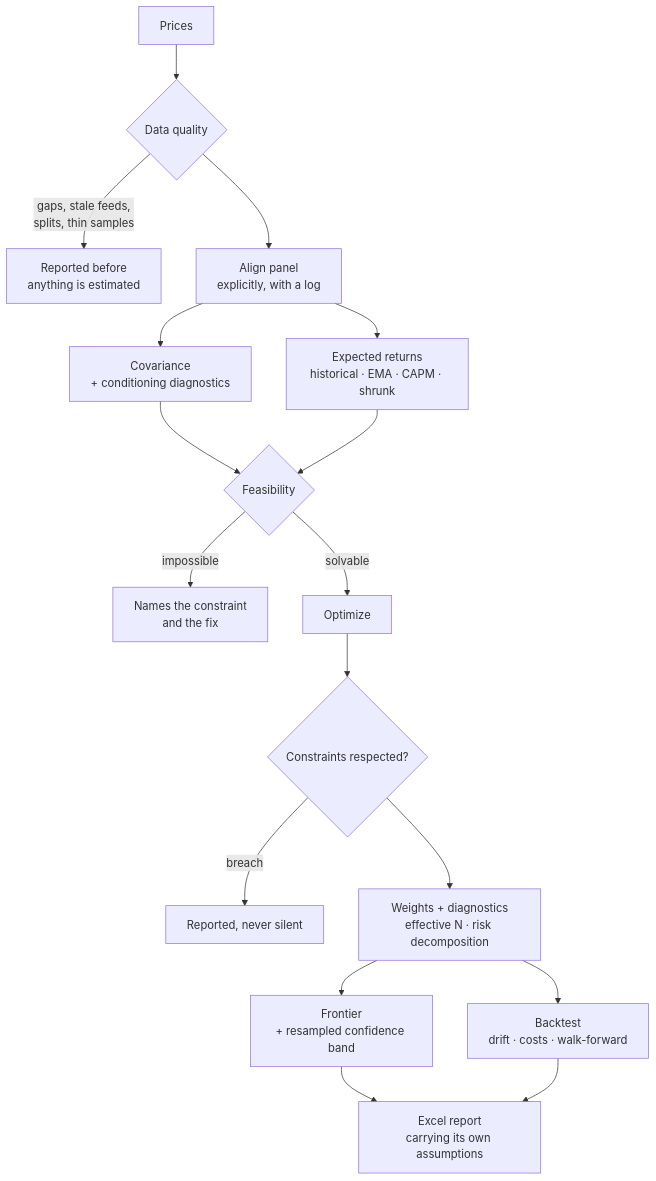
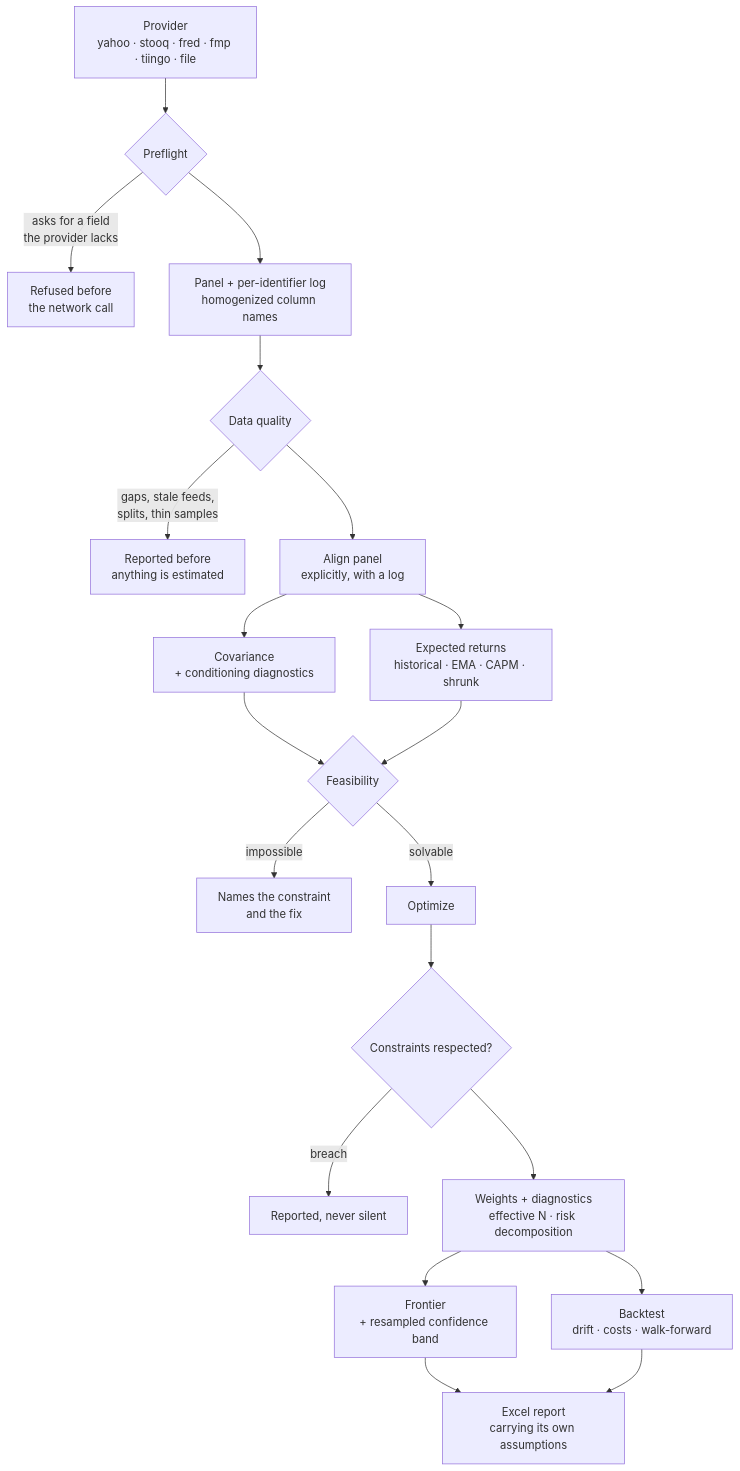
One commit to alanvaa06/Optimization_Engine changed the diagram in README.md. Above: the diagram before and after it, drawn with Mermaid. The commit also changed other lines of this file and 38 other files, not shown here.

````diff
--- a/README.md
+++ b/README.md
@@ -479,19 +514,22 @@
 ```mermaid
 flowchart TD
-    A[Prices] --> B{Data quality}
+    A0[Provider<br/>yahoo · stooq · fred · fmp · tiingo · file] --> A1{Preflight}
+    A1 -->|asks for a field<br/>the provider lacks| A2[Refused before<br/>the network call]
+    A1 --> A[Panel + per-identifier log<br/>homogenized column names]
+    A --> B{Data quality}
     B -->|gaps, stale feeds,<br/>splits, thin samples| B1[Reported before<br/>anything is estimated]
     B --> C[Align panel<br/>explicitly, with a log]
     C --> D[Covariance<br/>+ conditioning diagnostics]
     C --> E[Expected returns<br/>historical · EMA · CAPM · shrunk]
     D --> F{Feasibility}
     E --> F
     F -->|impossible| F1[Names the constraint<br/>and the fix]
     F -->|solvable| G[Optimize]
     G --> H{Constraints respected?}
     H -->|breach| H1[Reported, never silent]
     H --> I[Weights + diagnostics<br/>effective N · risk decomposition]
     I --> J[Frontier<br/>+ resampled confidence band]
     I --> K[Backtest<br/>drift · costs · walk-forward]
     J --> L[Excel report<br/>carrying its own assumptions]
     K --> L
 ```
````
